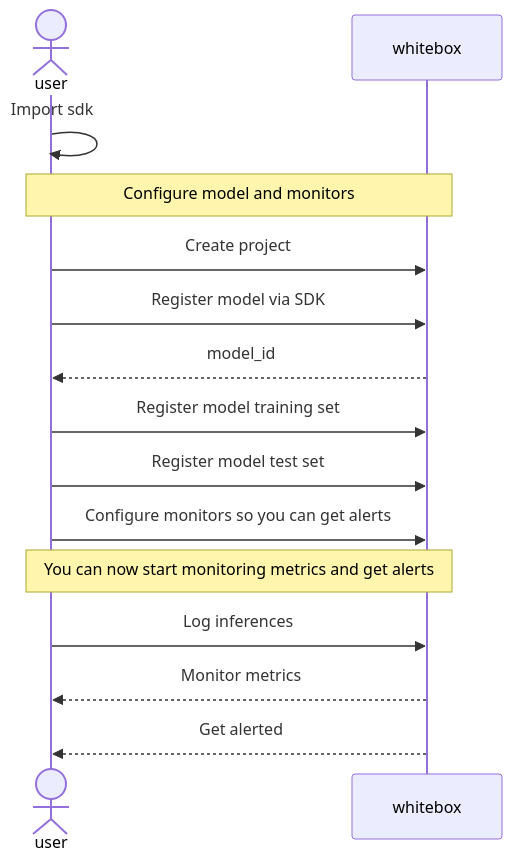
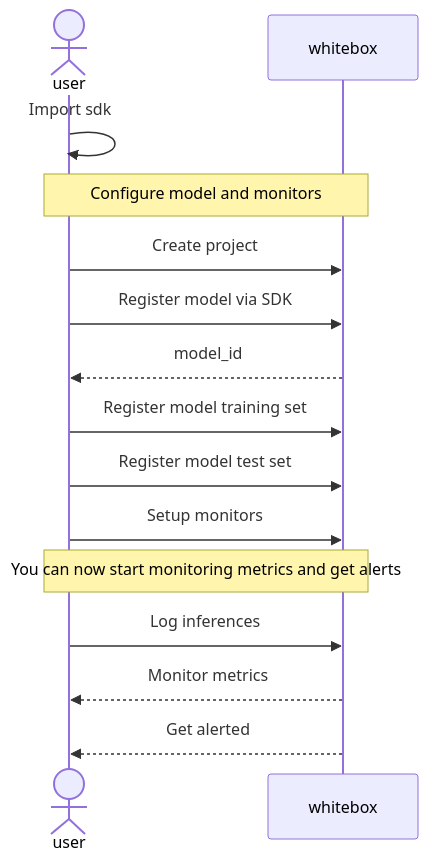
The diagram in README.md (squaredev-io/whitebox), drawn with Mermaid before and after one commit.

````diff
--- a/README.md
+++ b/README.md
@@ -27,19 +27,19 @@
 ```mermaid
 sequenceDiagram
     actor user
     participant whitebox
 
     user->>user: Import sdk
     note over user, whitebox: Configure model and monitors
     user->>whitebox: Create project
     user->>whitebox: Register model via SDK
     whitebox-->>user: model_id
     user->>whitebox: Register model training set
     user->>whitebox: Register model test set
-    user->>whitebox: Configure monitors so you can get alerts
+    user->>whitebox: Setup monitors
 
     note over user, whitebox: You can now start monitoring metrics and get alerts
     user->>whitebox: Log inferences
     whitebox-->>user: Monitor metrics
     whitebox-->>user: Get alerted
 ```
````
